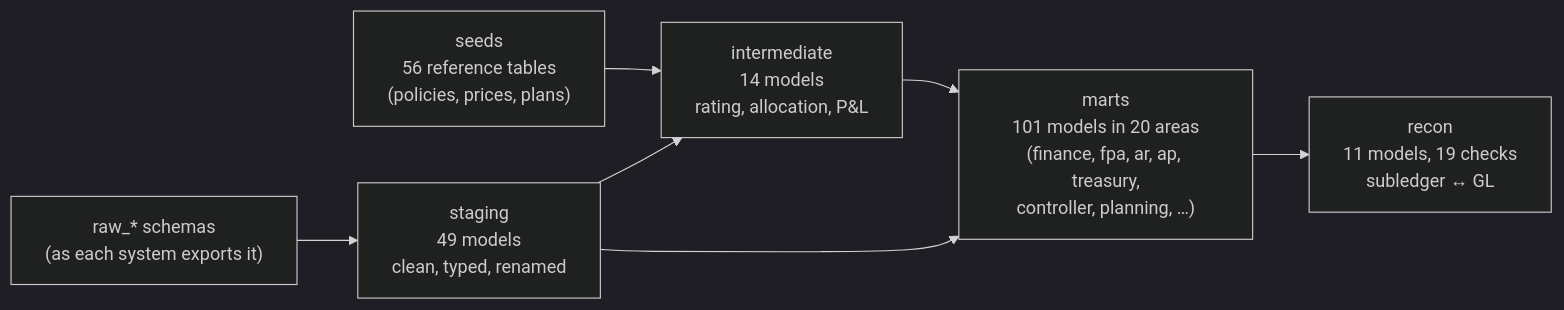
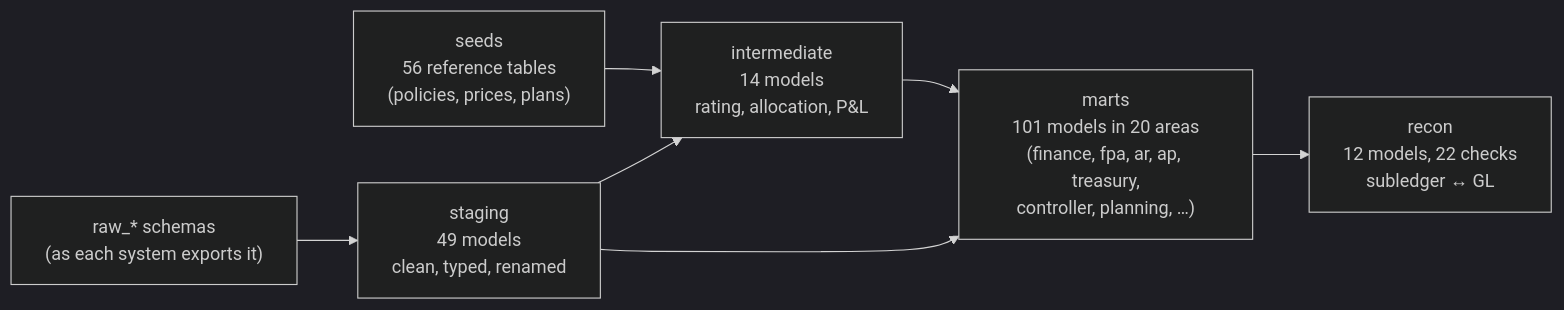
One commit to sivram04/finance-os changed the second of 5 diagrams in README.md. Above: the diagram before and after it, drawn with Mermaid (dark theme). The commit also changed other lines of this file and 27 other files, not shown here.

````diff
--- a/README.md
+++ b/README.md
@@ -126,9 +126,9 @@
 ```mermaid
 flowchart LR
   RAW["raw_* schemas<br/>(as each system exports it)"] --> STG["staging<br/>49 models<br/>clean, typed, renamed"]
   SEEDS["seeds<br/>56 reference tables<br/>(policies, prices, plans)"] --> INT
   STG --> INT["intermediate<br/>14 models<br/>rating, allocation, P&L"]
   INT --> MARTS["marts<br/>101 models in 20 areas<br/>(finance, fpa, ar, ap, treasury,<br/>controller, planning, …)"]
   STG --> MARTS
-  MARTS --> RECON["recon<br/>11 models, 19 checks<br/>subledger ↔ GL"]
+  MARTS --> RECON["recon<br/>12 models, 22 checks<br/>subledger ↔ GL"]
 ```
````
